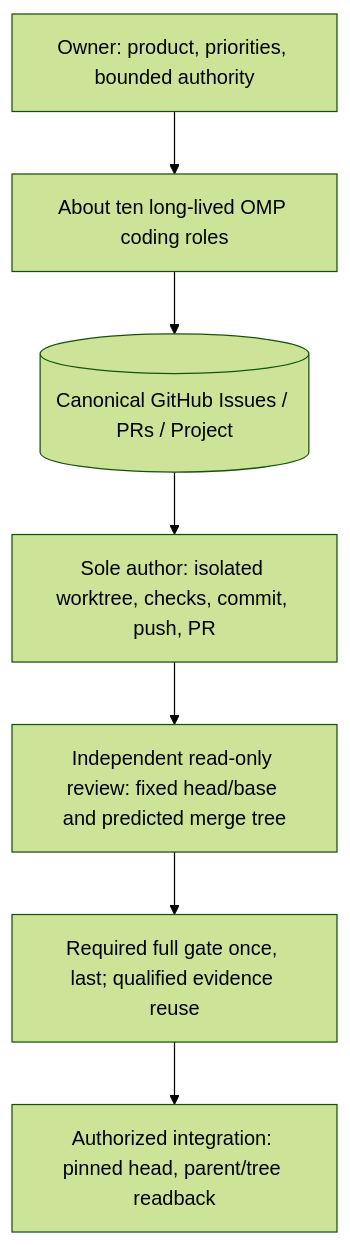
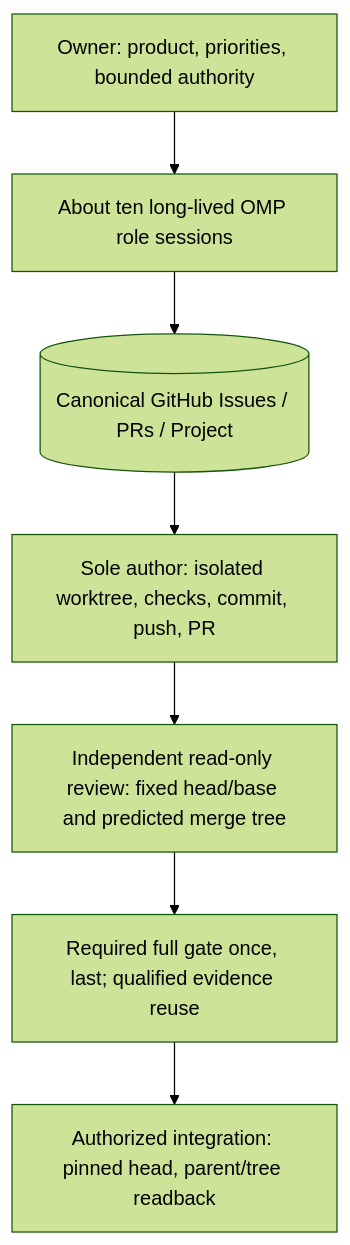
One commit to mg-mg-mg/agentic-engineering changed the diagram in README.md. Above: the diagram before and after it, drawn with Mermaid (forest theme). The commit also changed other lines of this file and 1 other file, not shown here.

Commit message:
docs: clarify role scope and UTC sampling evidence

````diff
--- a/README.md
+++ b/README.md
@@ -42,11 +42,11 @@
 ```mermaid
 flowchart TB
   O["Owner: product, priorities, bounded authority"]
-  R["About ten long-lived OMP coding roles"]
+  R["About ten long-lived OMP role sessions"]
   G[("Canonical GitHub Issues / PRs / Project")]
   A["Sole author: isolated worktree, checks, commit, push, PR"]
   V["Independent read-only review: fixed head/base and predicted merge tree"]
   Q["Required full gate once, last; qualified evidence reuse"]
   M["Authorized integration: pinned head, parent/tree readback"]
   O --> R --> G --> A --> V --> Q --> M
 ```
````
